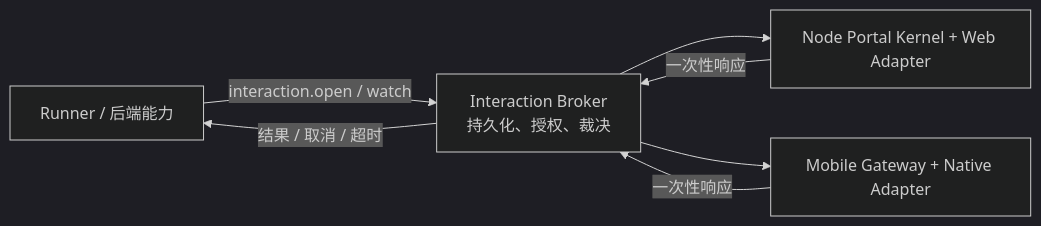
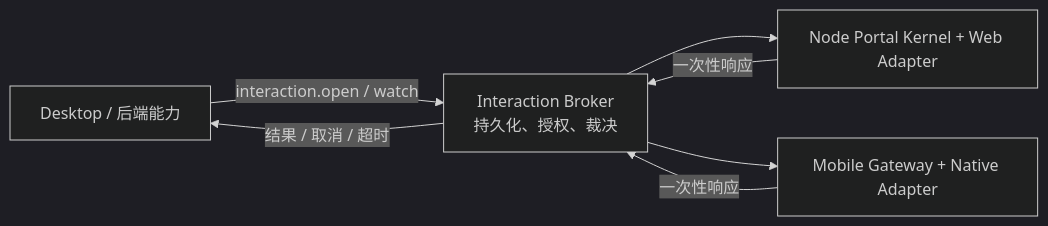
The diagram in docs/dev/architecture/跨端体验与交互契约.md (yandt/VastPlan), drawn with Mermaid (dark theme) before and after one commit. The commit also changed other lines of this file and 137 other files, not shown here.

First line of the commit message:
refactor(kernel): rename runner kernel to desktop

````diff
--- a/docs/dev/architecture/跨端体验与交互契约.md
+++ b/docs/dev/architecture/跨端体验与交互契约.md
@@ -20,9 +20,9 @@
 ```mermaid
 flowchart LR
-  R["Runner / 后端能力"] -->|"interaction.open / watch"| B["Interaction Broker\n持久化、授权、裁决"]
+  R["Desktop / 后端能力"] -->|"interaction.open / watch"| B["Interaction Broker\n持久化、授权、裁决"]
   B --> P["Node Portal Kernel + Web Adapter"]
   B --> M["Mobile Gateway + Native Adapter"]
   P -->|"一次性响应"| B
   M -->|"一次性响应"| B
   B -->|"结果 / 取消 / 超时"| R
 ```
````
